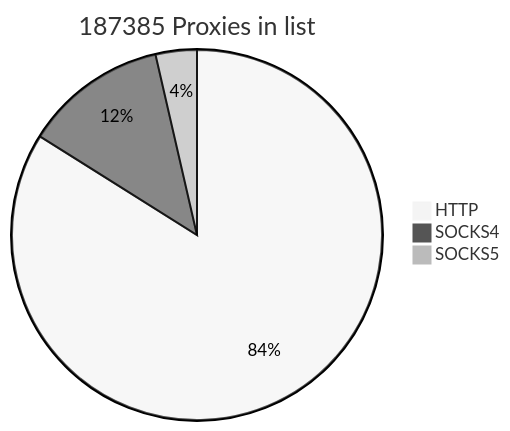
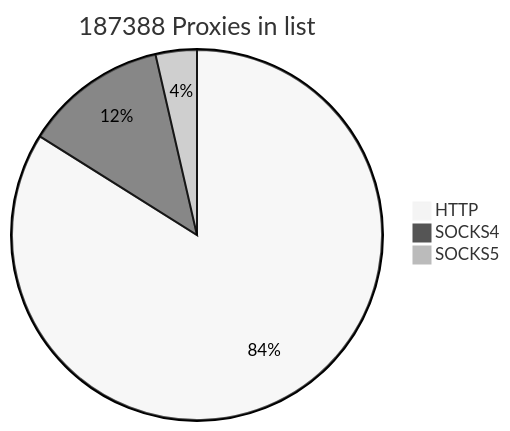
Before and after one commit to cutipu/proxylist: the first of 2 diagrams in README.md, drawn with Mermaid (neutral theme). The commit also changed other lines of this file, not shown here.

````diff
--- a/README.md
+++ b/README.md
@@ -2,7 +2,7 @@
 ```mermaid
-pie title 187385 Proxies in list
-    "HTTP" : 157268
+pie title 187388 Proxies in list
+    "HTTP" : 157271
     "SOCKS4" : 23374
     "SOCKS5" : 6743
             
 ```
````
